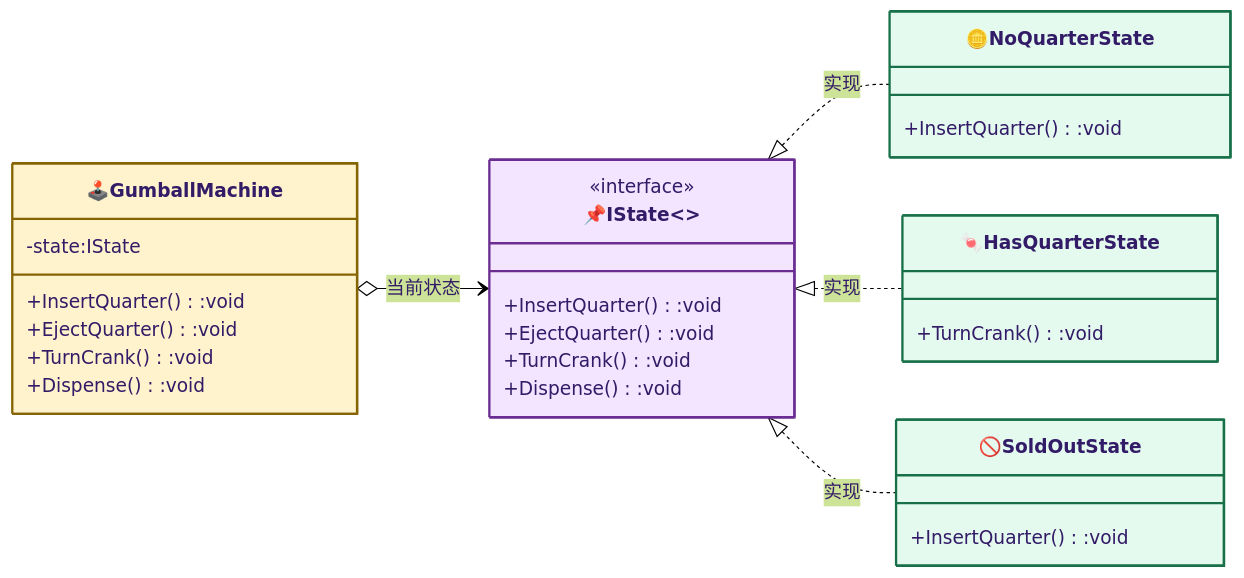
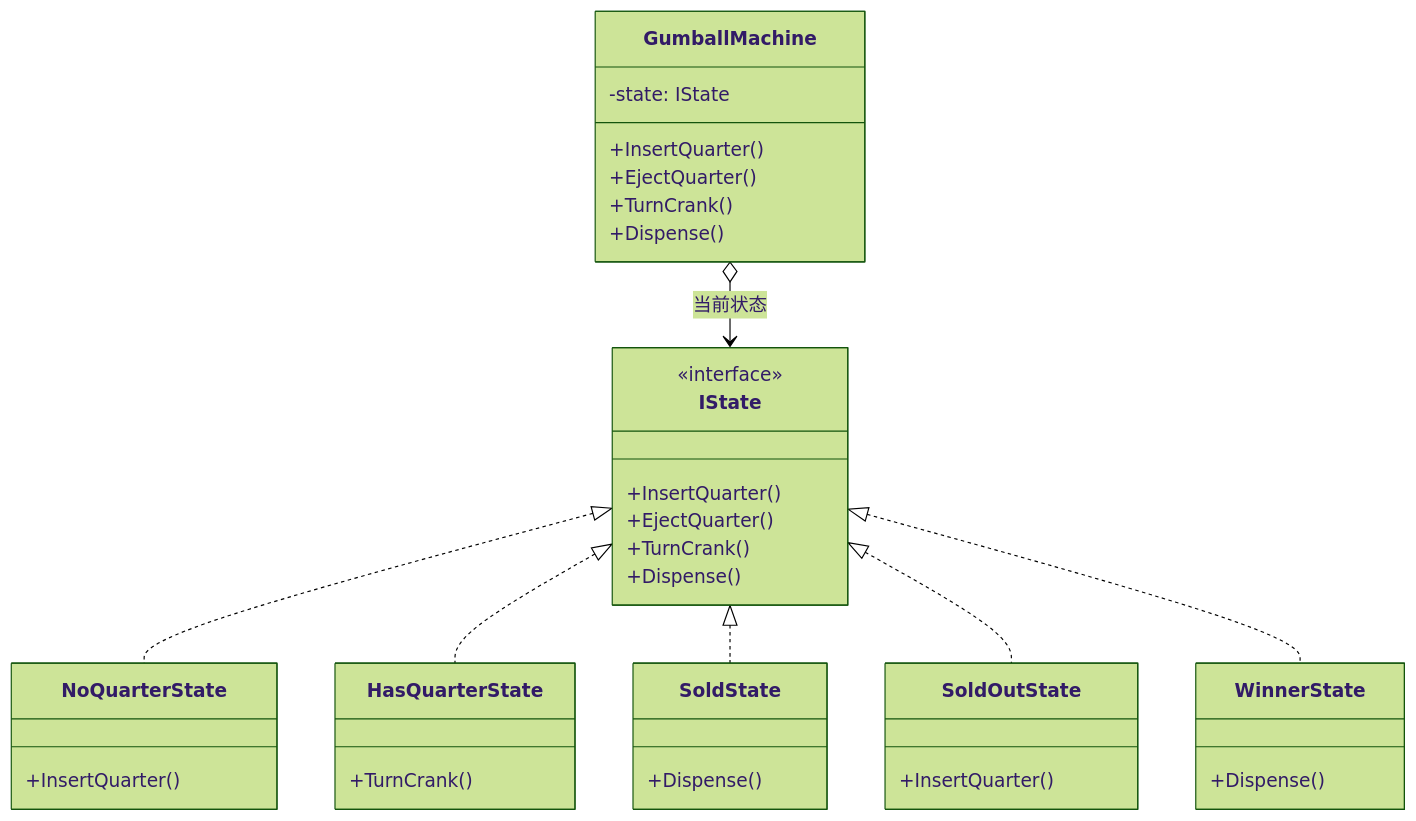
The second of 2 diagrams in StatePattern/README.md (hollson/design_patterns), drawn with Mermaid (forest theme) before and after one commit. The commit also changed other lines of this file and 19 other files, not shown here.

````diff
--- a/StatePattern/README.md
+++ b/StatePattern/README.md
@@ -20,38 +58,39 @@
 ```mermaid
-%%{init: {"classDiagram": {"useMarkdownLabels": true}} }%%
 classDiagram
-    direction LR
-
-    class Context["🕹️GumballMachine"]:::contextCls{
-        -state:IState
-        +InsertQuarter():void
-        +EjectQuarter():void
-        +TurnCrank():void
-        +Dispense():void
+    class GumballMachine {
+        -state: IState
+        +InsertQuarter()
+        +EjectQuarter()
+        +TurnCrank()
+        +Dispense()
     }
-    class State["📌IState<<interface>>"]:::strategyCls{
+    class IState {
         <<interface>>
-        +InsertQuarter():void
-        +EjectQuarter():void
-        +TurnCrank():void
-        +Dispense():void
+        +InsertQuarter()
+        +EjectQuarter()
+        +TurnCrank()
+        +Dispense()
     }
-    class ConcreteStateA["🪙NoQuarterState"]:::concreteCls{
-        +InsertQuarter():void
+    class NoQuarterState {
+        +InsertQuarter()
     }
-    class ConcreteStateB["🍬HasQuarterState"]:::concreteCls{
-        +TurnCrank():void
+    class HasQuarterState {
+        +TurnCrank()
     }
-    class ConcreteStateC["🚫SoldOutState"]:::concreteCls{
-        +InsertQuarter():void
+    class SoldState {
+        +Dispense()
+    }
+    class SoldOutState {
+        +InsertQuarter()
+    }
+    class WinnerState {
+        +Dispense()
     }
 
-    Context o--> State : 当前状态
-    State <|.. ConcreteStateA : 实现
-    State <|.. ConcreteStateB : 实现
-    State <|.. ConcreteStateC : 实现
-
-    classDef contextCls fill:#fff3cd,stroke:#856404,stroke-width:2px
-    classDef strategyCls fill:#f3e5ff,stroke:#6b2d91,stroke-width:2px
-    classDef concreteCls fill:#e5faef,stroke:#177048,stroke-width:2px
+    GumballMachine o--> IState : 当前状态
+    IState <|.. NoQuarterState
+    IState <|.. HasQuarterState
+    IState <|.. SoldState
+    IState <|.. SoldOutState
+    IState <|.. WinnerState
 ```
````
